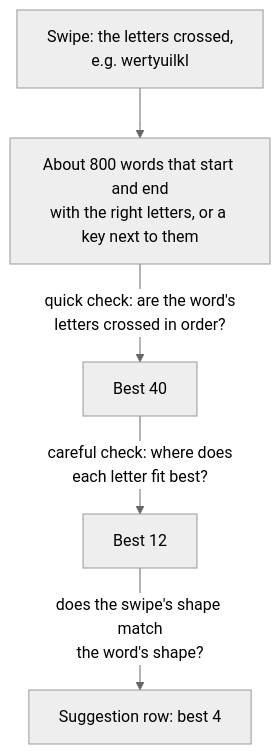
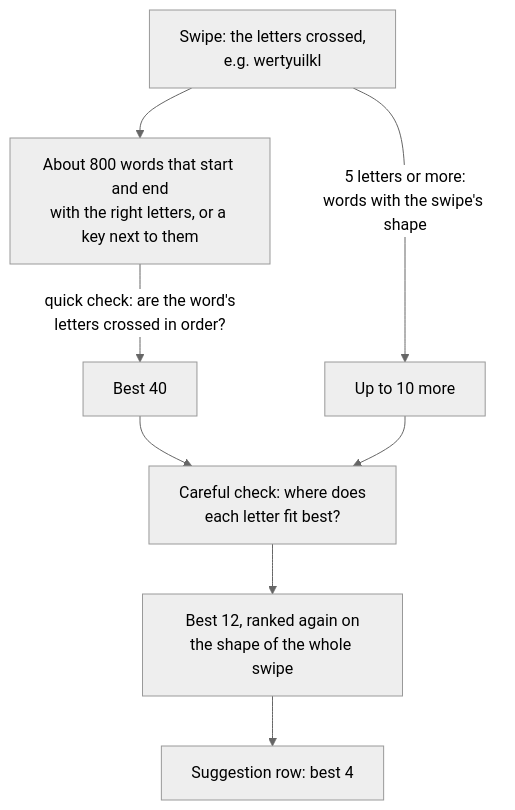
One commit to Pixxel123/ligature.koplugin changed the second of 6 diagrams in README.md. Above: the diagram before and after it, drawn with Mermaid (neutral theme). The commit also changed other lines of this file, not shown here.

````diff
--- a/README.md
+++ b/README.md
@@ -174,7 +234,10 @@
 ```mermaid
 flowchart TD
     A["Swipe: the letters crossed,<br/>e.g. wertyuilkl"] --> B["About 800 words that start and end<br/>with the right letters, or a key next to them"]
     B -->|"quick check: are the word's<br/>letters crossed in order?"| C["Best 40"]
-    C -->|"careful check: where does<br/>each letter fit best?"| D["Best 12"]
-    D -->|"does the swipe's shape match<br/>the word's shape?"| E["Suggestion row: best 4"]
+    A -->|"5 letters or more:<br/>words with the swipe's shape"| S["Up to 10 more"]
+    C --> D["Careful check: where does<br/>each letter fit best?"]
+    S --> D
+    D --> E["Best 12, ranked again on<br/>the shape of the whole swipe"]
+    E --> F["Suggestion row: best 4"]
 ```
````
